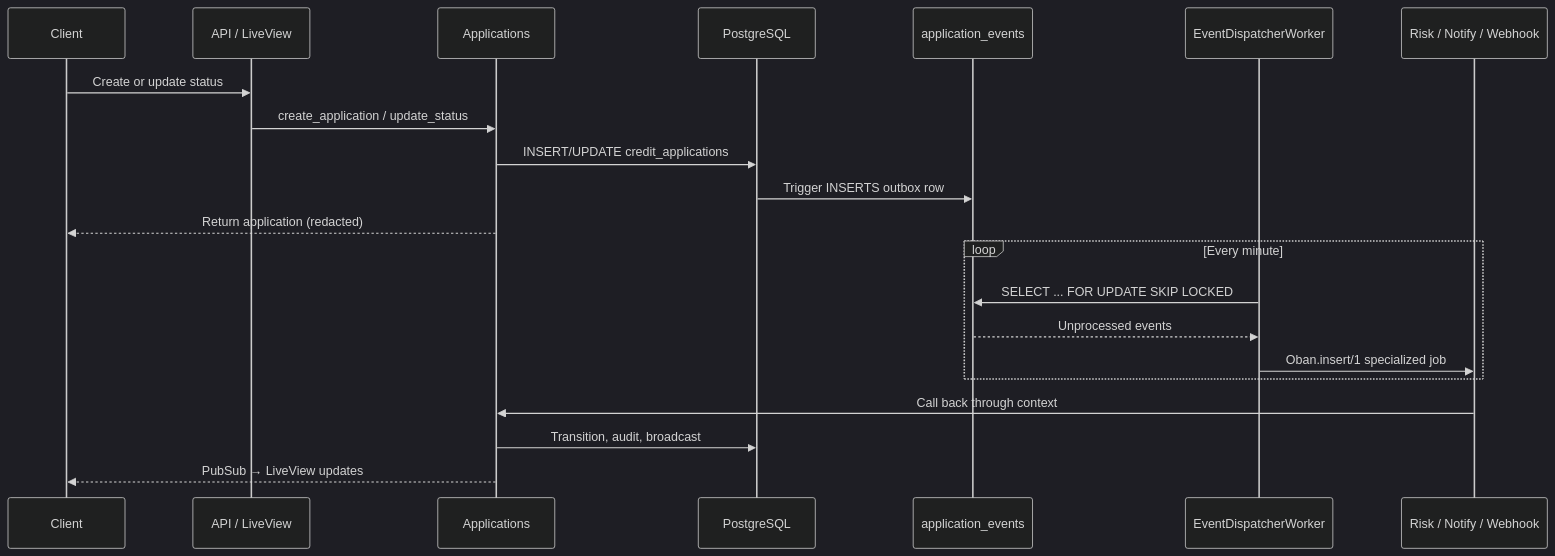
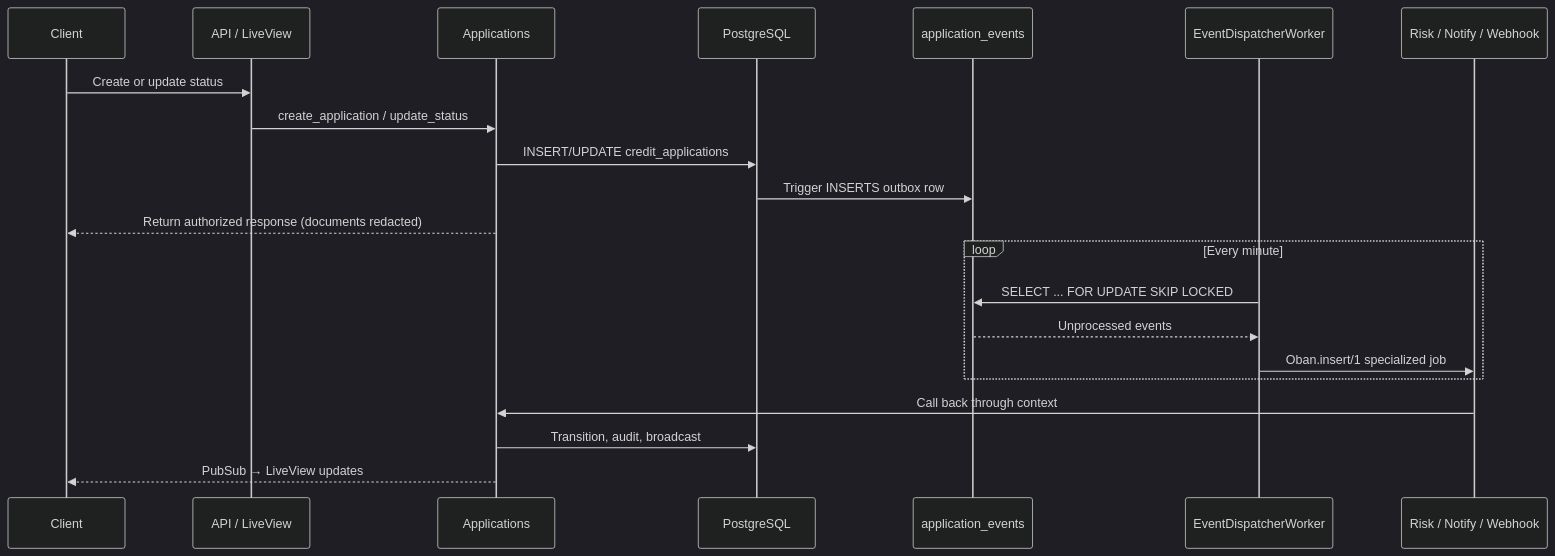
One commit to igmarin/debt-stalker changed the second of 2 diagrams in README.md. Above: the diagram before and after it, drawn with Mermaid (dark theme). The commit also changed other lines of this file and 11 other files, not shown here.

````diff
--- a/README.md
+++ b/README.md
@@ -91,26 +91,26 @@
 ```mermaid
 sequenceDiagram
     participant Client
     participant API as API / LiveView
     participant Apps as Applications
     participant DB as PostgreSQL
     participant Outbox as application_events
     participant Disp as EventDispatcherWorker
     participant Worker as Risk / Notify / Webhook
 
     Client->>API: Create or update status
     API->>Apps: create_application / update_status
     Apps->>DB: INSERT/UPDATE credit_applications
     DB->>Outbox: Trigger INSERTS outbox row
-    Apps-->>Client: Return application (redacted)
+    Apps-->>Client: Return authorized response (documents redacted)
 
     loop Every minute
         Disp->>Outbox: SELECT ... FOR UPDATE SKIP LOCKED
         Outbox-->>Disp: Unprocessed events
         Disp->>Worker: Oban.insert/1 specialized job
     end
 
     Worker->>Apps: Call back through context
     Apps->>DB: Transition, audit, broadcast
     Apps-->>Client: PubSub → LiveView updates
 ```
````
